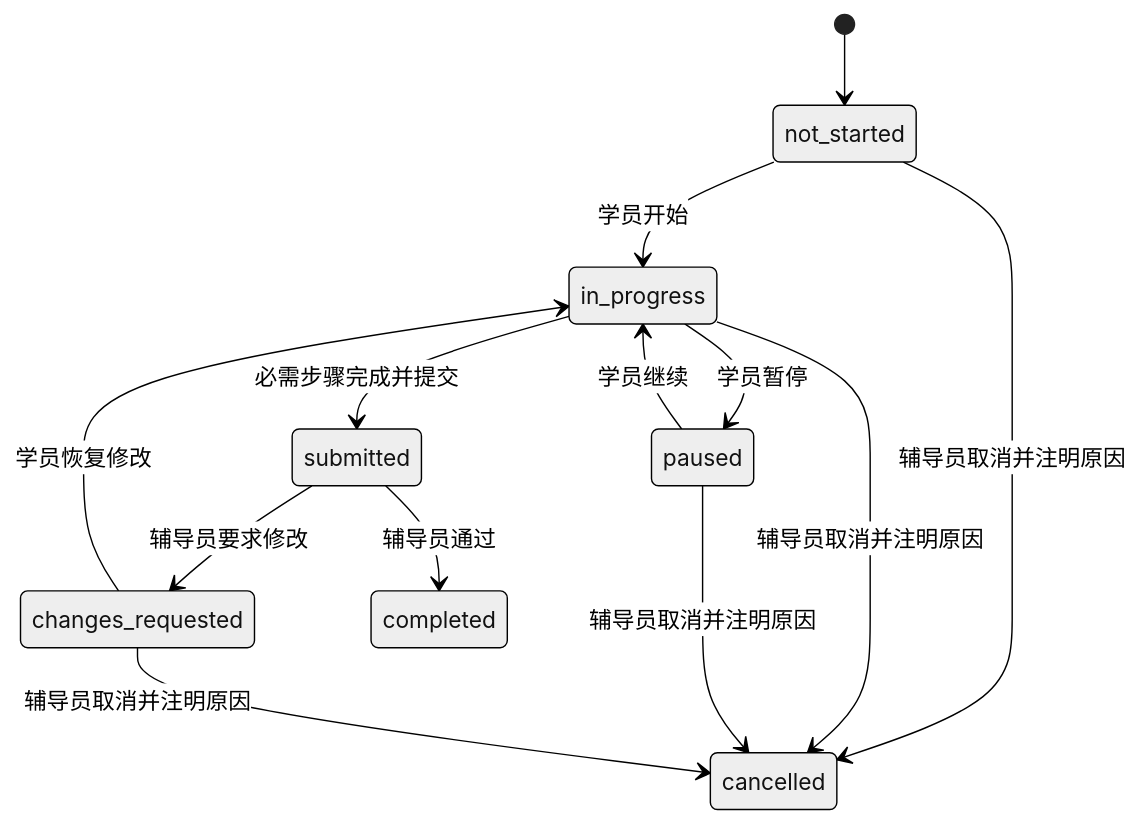
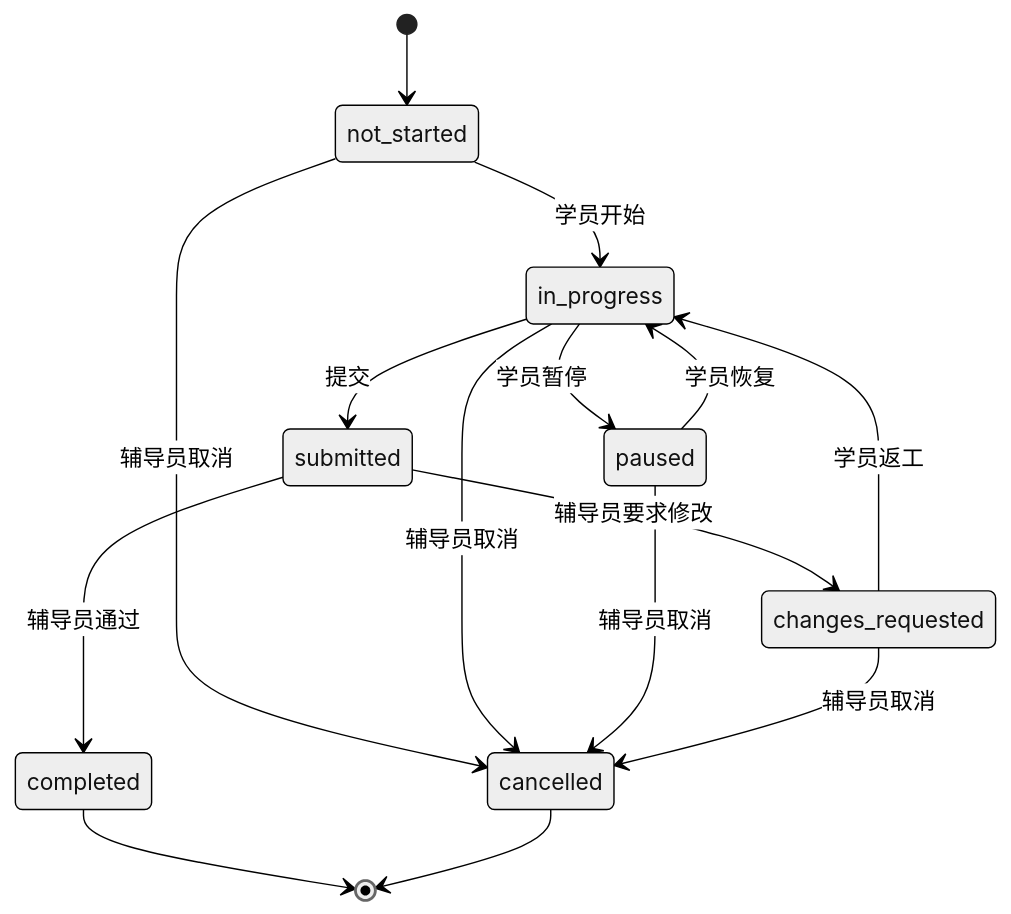
The third of 4 diagrams in docs/proposals/architecture-v0.1/architecture.md (job-lens/job-lens), drawn with Mermaid (neutral theme) before and after one commit. The commit also changed other lines of this file, not shown here.

Commit message:
docs(architecture): remove boilerplate and consolidate system design

````diff
--- a/docs/proposals/architecture-v0.1/architecture.md
+++ b/docs/proposals/architecture-v0.1/architecture.md
@@ -256,15 +165,17 @@
 ```mermaid
 stateDiagram-v2
   [*] --> not_started
   not_started --> in_progress: 学员开始
   in_progress --> paused: 学员暂停
-  paused --> in_progress: 学员继续
-  in_progress --> submitted: 必需步骤完成并提交
+  paused --> in_progress: 学员恢复
+  in_progress --> submitted: 提交
   submitted --> changes_requested: 辅导员要求修改
-  changes_requested --> in_progress: 学员恢复修改
+  changes_requested --> in_progress: 学员返工
   submitted --> completed: 辅导员通过
-  not_started --> cancelled: 辅导员取消并注明原因
-  in_progress --> cancelled: 辅导员取消并注明原因
-  paused --> cancelled: 辅导员取消并注明原因
-  changes_requested --> cancelled: 辅导员取消并注明原因
+  not_started --> cancelled: 辅导员取消
+  in_progress --> cancelled: 辅导员取消
+  paused --> cancelled: 辅导员取消
+  changes_requested --> cancelled: 辅导员取消
+  completed --> [*]
+  cancelled --> [*]
 ```
````
